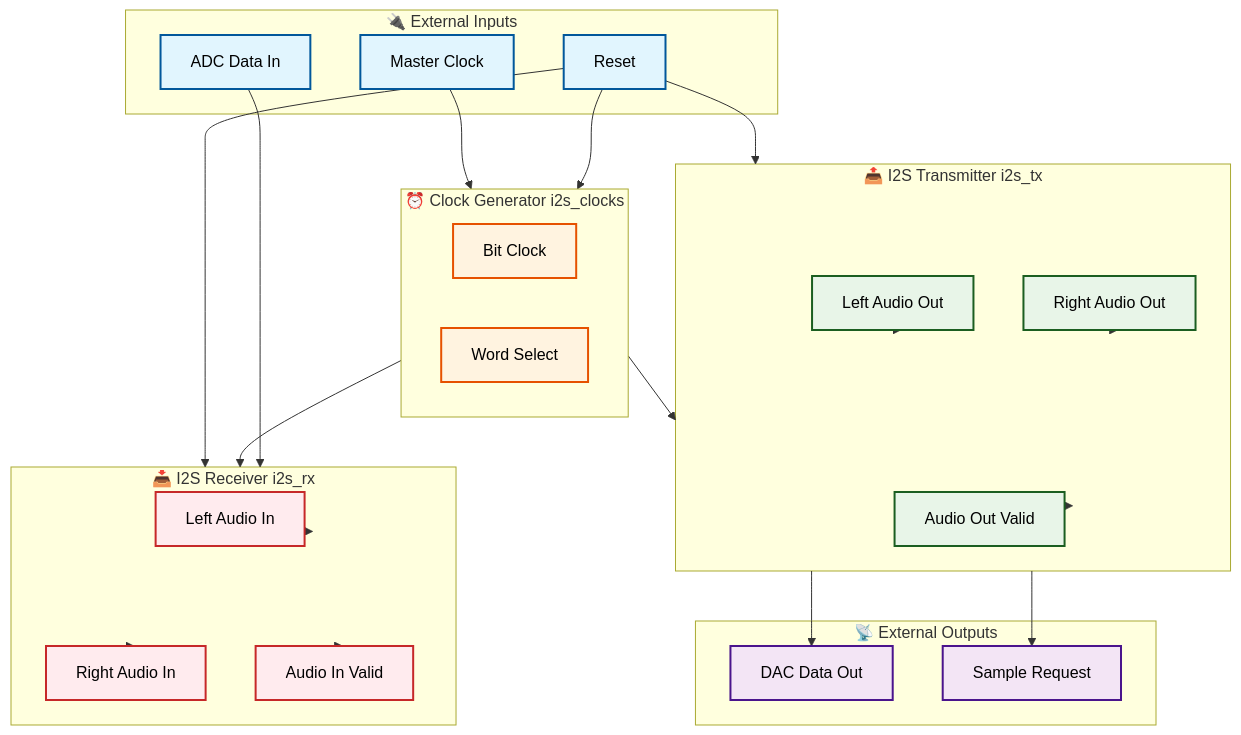
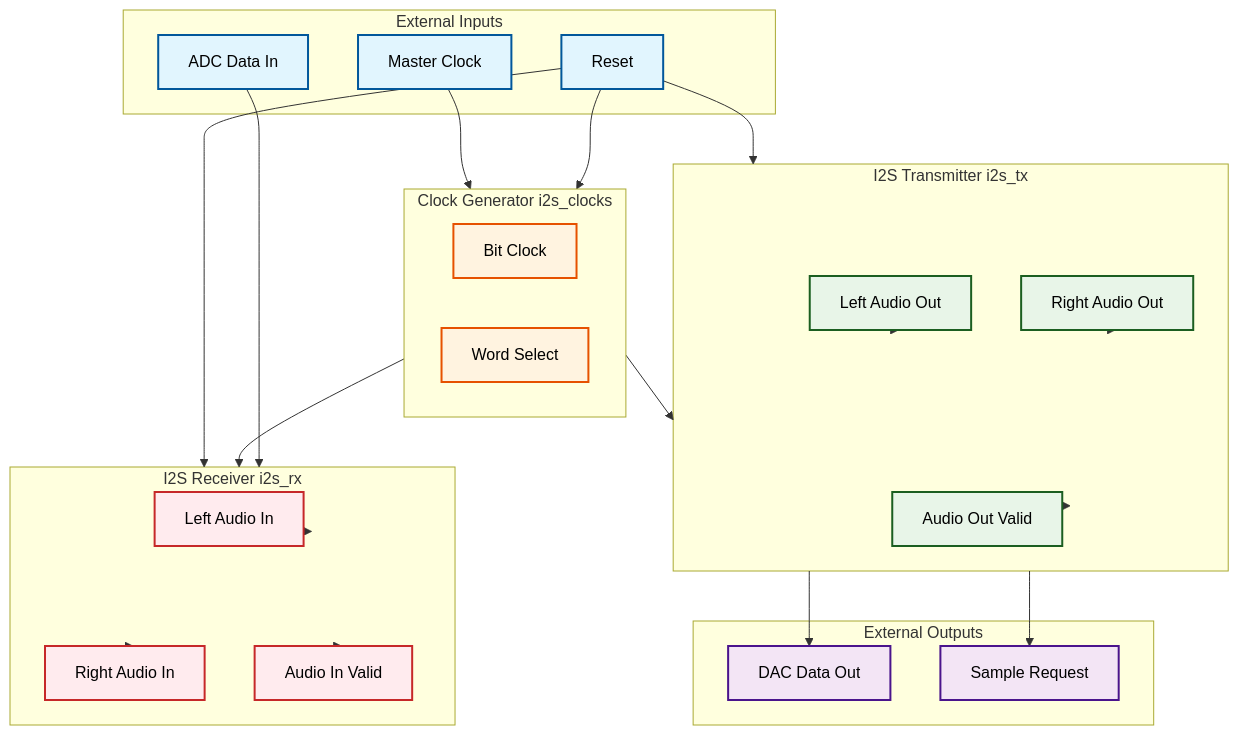
One commit to bondieffects/audio_dsp changed the diagram in i2s_block_diagram.mmd. Above: the diagram before and after it, drawn with Mermaid.

Commit message:
cleaned up comments

```diff
--- a/i2s_block_diagram.mmd
+++ b/i2s_block_diagram.mmd
@@ -1,64 +1,64 @@
 flowchart TB
     %% I2S Interface Block Diagram
     
-    subgraph inputs ["🔌 External Inputs"]
+    subgraph inputs ["External Inputs"]
         MCLK[Master Clock]
         RST[Reset]
         ADC_IN[ADC Data In]
     end
     
-    subgraph outputs ["📡 External Outputs"]
+    subgraph outputs ["External Outputs"]
         DAC_OUT[DAC Data Out]
         REQ[Sample Request]
     end
     
-    subgraph clocks ["⏰ Clock Generator i2s_clocks"]
+    subgraph clocks ["Clock Generator i2s_clocks"]
         BCLK[Bit Clock]
         WS[Word Select]
     end
     
-    subgraph tx ["📤 I2S Transmitter i2s_tx"]
+    subgraph tx ["I2S Transmitter i2s_tx"]
         TX_LEFT[Left Audio Out]
         TX_RIGHT[Right Audio Out]
         TX_VALID[Audio Out Valid]
     end
     
-    subgraph rx ["📥 I2S Receiver i2s_rx"]
+    subgraph rx ["I2S Receiver i2s_rx"]
         RX_LEFT[Left Audio In]
         RX_RIGHT[Right Audio In] 
         RX_VALID[Audio In Valid]
     end
     
     %% Connections
     MCLK --> clocks
     RST --> clocks
     RST --> tx
     RST --> rx
     
     clocks --> tx
     clocks --> rx
     
     TX_LEFT --> tx
     TX_RIGHT --> tx
     TX_VALID --> tx
     
     tx --> DAC_OUT
     tx --> REQ
     
     ADC_IN --> rx
     rx --> RX_LEFT
     rx --> RX_RIGHT
     rx --> RX_VALID
 
     %% Styling - Add colors and icons
     classDef inputStyle fill:#e1f5fe,stroke:#01579b,stroke-width:2px,color:#000
     classDef outputStyle fill:#f3e5f5,stroke:#4a148c,stroke-width:2px,color:#000
     classDef clockStyle fill:#fff3e0,stroke:#e65100,stroke-width:2px,color:#000
     classDef txStyle fill:#e8f5e8,stroke:#1b5e20,stroke-width:2px,color:#000
     classDef rxStyle fill:#ffebee,stroke:#c62828,stroke-width:2px,color:#000
     
     class MCLK,RST,ADC_IN inputStyle
     class DAC_OUT,REQ outputStyle
     class BCLK,WS clockStyle
     class TX_LEFT,TX_RIGHT,TX_VALID txStyle
     class RX_LEFT,RX_RIGHT,RX_VALID rxStyle
```
